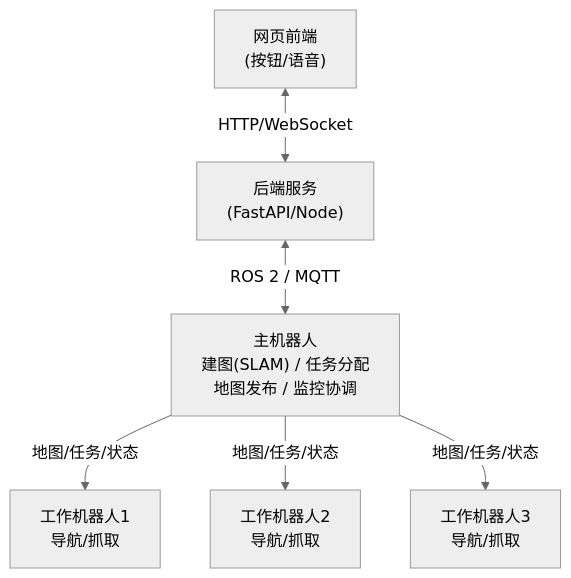
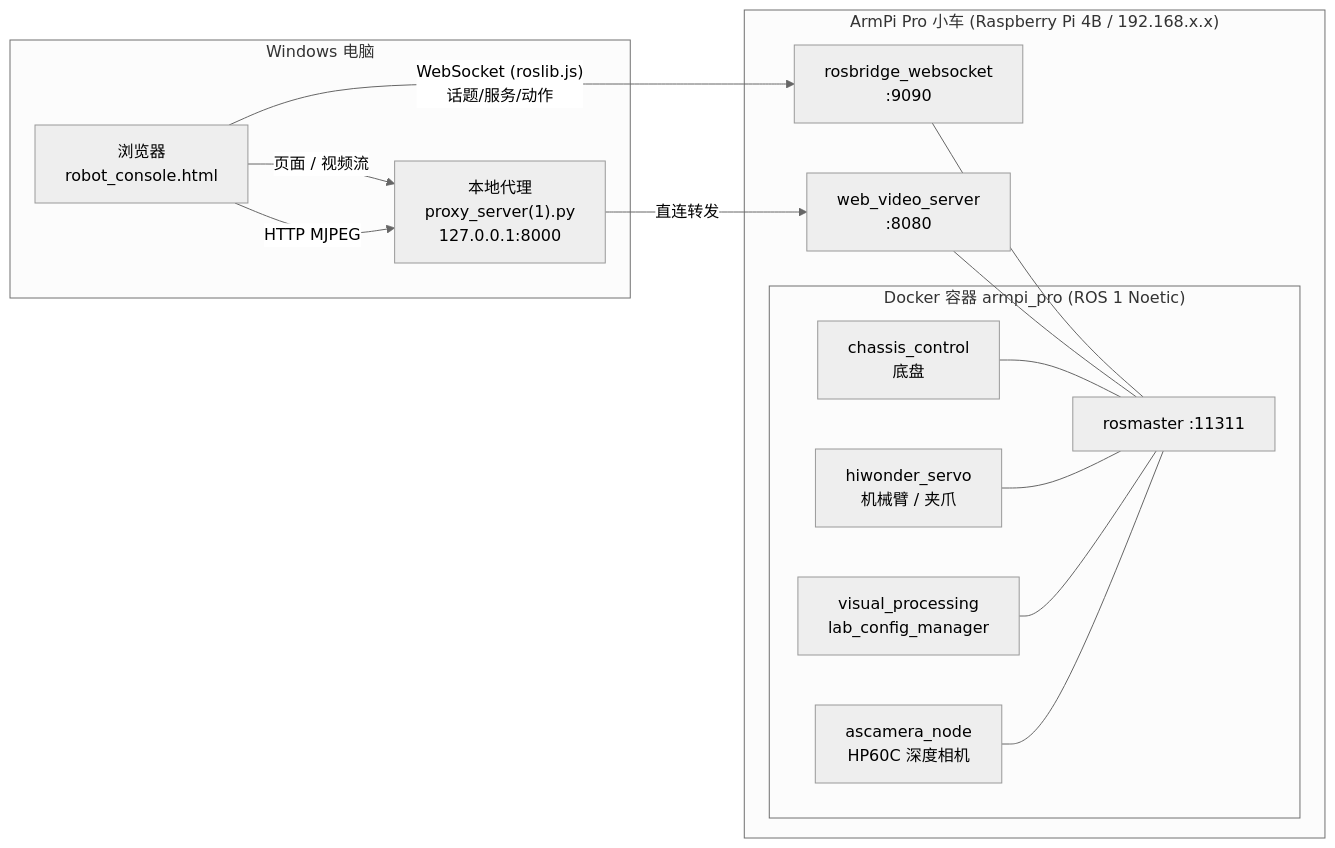
Before and after one commit to sususu123545/Many-Robot-Work-Together: the diagram in README.md, drawn with Mermaid (neutral theme). The commit also changed other lines of this file and 13 other files, not shown here.

````diff
--- a/README.md
+++ b/README.md
@@ -11,8 +72,30 @@
 ```mermaid
-flowchart TD
-    Web["网页前端<br/>(按钮/语音)"] <-->|"HTTP/WebSocket"| Backend["后端服务<br/>(FastAPI/Node)"]
-    Backend <-->|"ROS 2 / MQTT"| Master["主机器人<br/>建图(SLAM) / 任务分配<br/>地图发布 / 监控协调"]
-    Master -->|"地图/任务/状态"| W1["工作机器人1<br/>导航/抓取"]
-    Master -->|"地图/任务/状态"| W2["工作机器人2<br/>导航/抓取"]
-    Master -->|"地图/任务/状态"| W3["工作机器人3<br/>导航/抓取"]
+flowchart LR
+    subgraph PC["Windows 电脑"]
+        B["浏览器<br/>robot_console.html"]
+        P["本地代理<br/>proxy_server(1).py<br/>127.0.0.1:8000"]
+        B -->|"页面 / 视频流"| P
+    end
+
+    subgraph CAR["ArmPi Pro 小车 (Raspberry Pi 4B / 192.168.x.x)"]
+        RB["rosbridge_websocket<br/>:9090"]
+        WV["web_video_server<br/>:8080"]
+        subgraph DC["Docker 容器 armpi_pro (ROS 1 Noetic)"]
+            RM["rosmaster :11311"]
+            CH["chassis_control<br/>底盘"]
+            SV["hiwonder_servo<br/>机械臂 / 夹爪"]
+            VP["visual_processing<br/>lab_config_manager"]
+            CA["ascamera_node<br/>HP60C 深度相机"]
+        end
+    end
+
+    B -->|"WebSocket (roslib.js)<br/>话题/服务/动作"| RB
+    B -->|"HTTP MJPEG"| P
+    P -->|"直连转发"| WV
+    RB --- RM
+    WV --- RM
+    CH --- RM
+    SV --- RM
+    VP --- RM
+    CA --- RM
 ```
````
